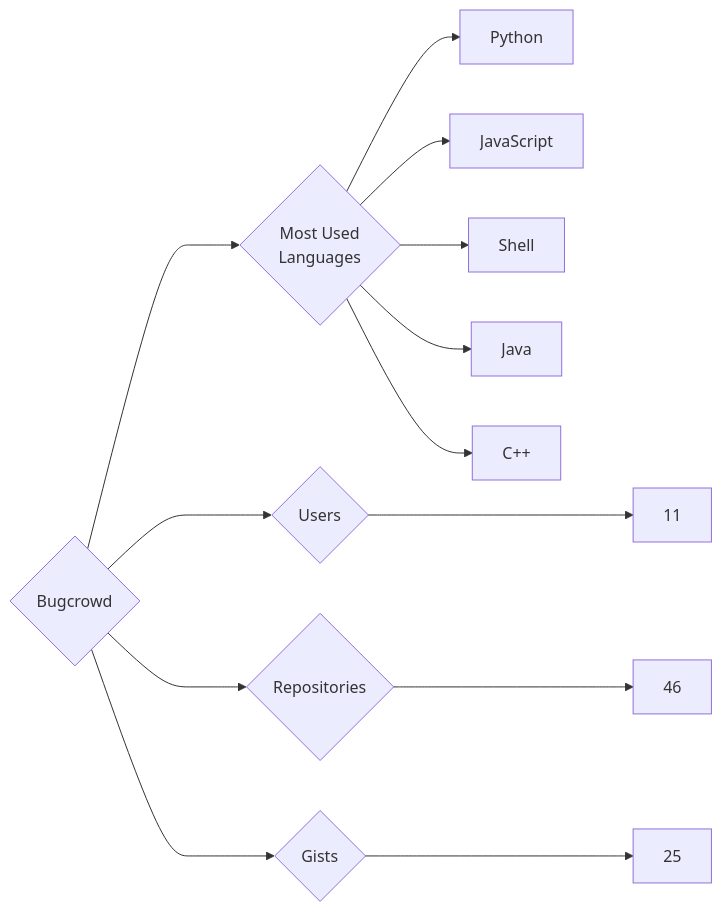
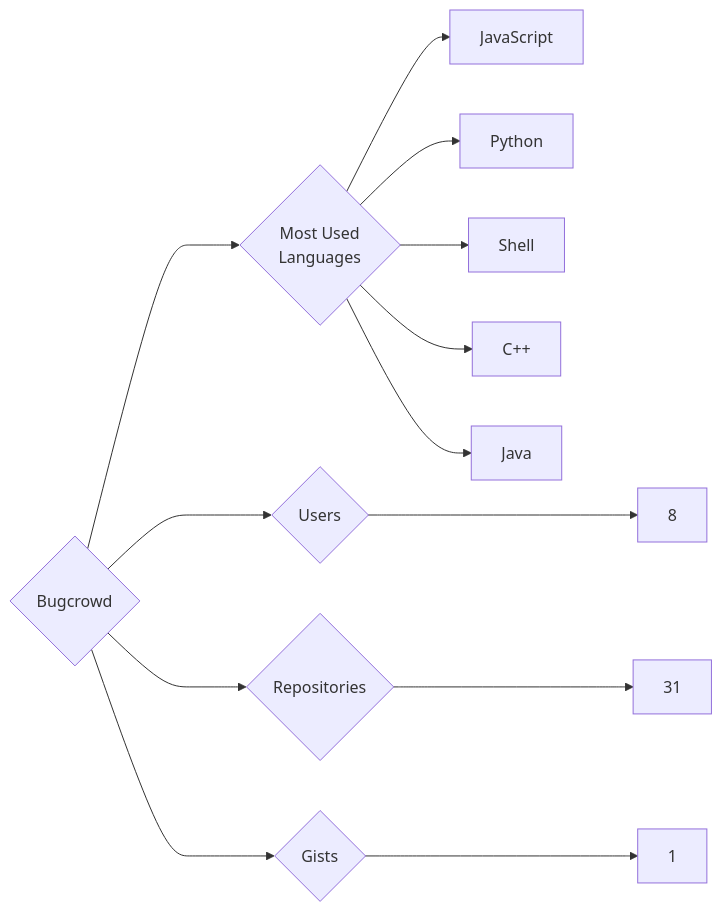
The diagram in targets/Bugcrowd/README.md (trickest/insiders), drawn with Mermaid before and after one commit. The commit also changed 1084 other files, not shown here.

````diff
--- a/targets/Bugcrowd/README.md
+++ b/targets/Bugcrowd/README.md
@@ -3,13 +3,13 @@
 ```mermaid
 graph LR
 COMPANY_NAME{Bugcrowd}
-COMPANY_NAME ---> U{Users} ---> UN[11]
-COMPANY_NAME ---> R{Repositories} ---> RN[46]
-COMPANY_NAME ---> G{Gists} ---> GN[25]
+COMPANY_NAME ---> U{Users} ---> UN[8]
+COMPANY_NAME ---> R{Repositories} ---> RN[31]
+COMPANY_NAME ---> G{Gists} ---> GN[1]
 COMPANY_NAME ---> ML{Most Used<br>Languages}
+ML --> JavaScript[JavaScript]
 ML --> Python[Python]
-ML --> JavaScript[JavaScript]
 ML --> Shell[Shell]
+ML --> C++[C++]
 ML --> Java[Java]
-ML --> C++[C++]
 ```
````
